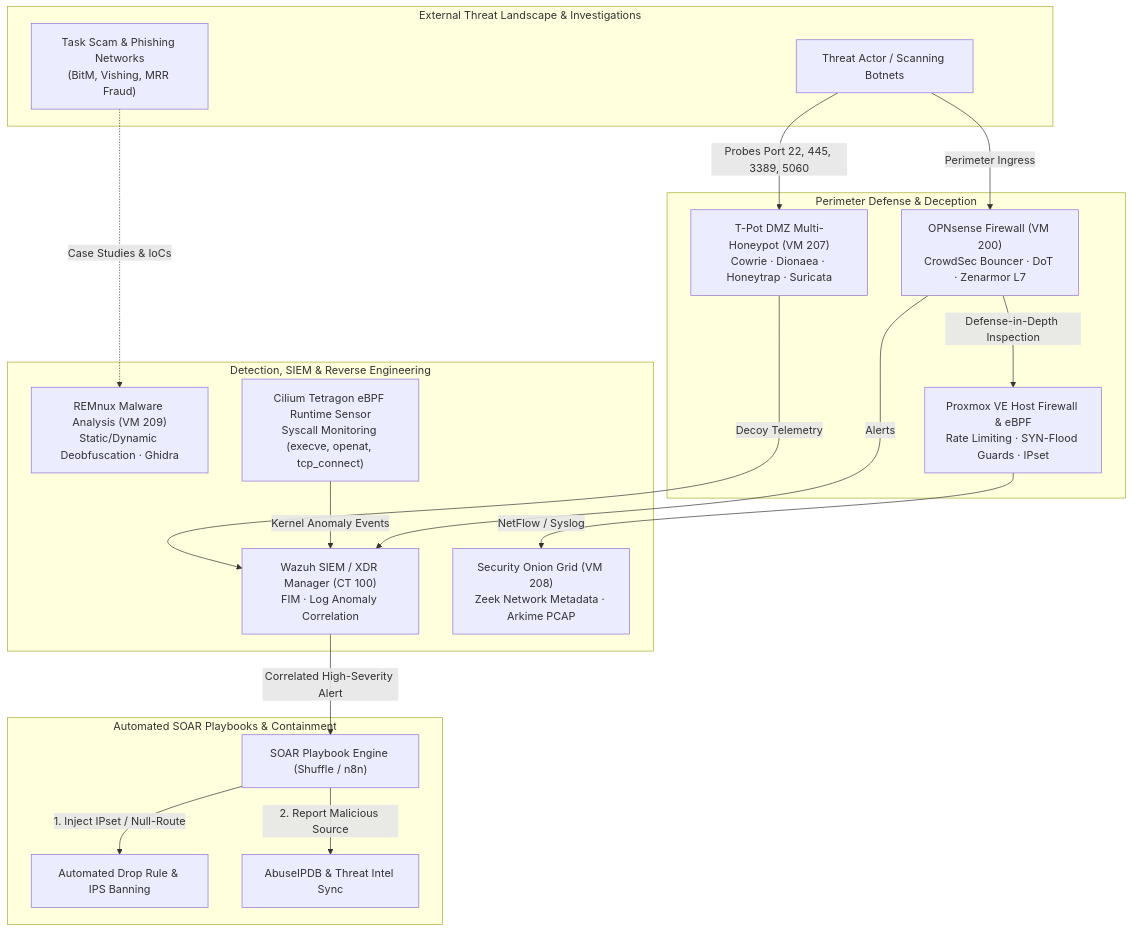
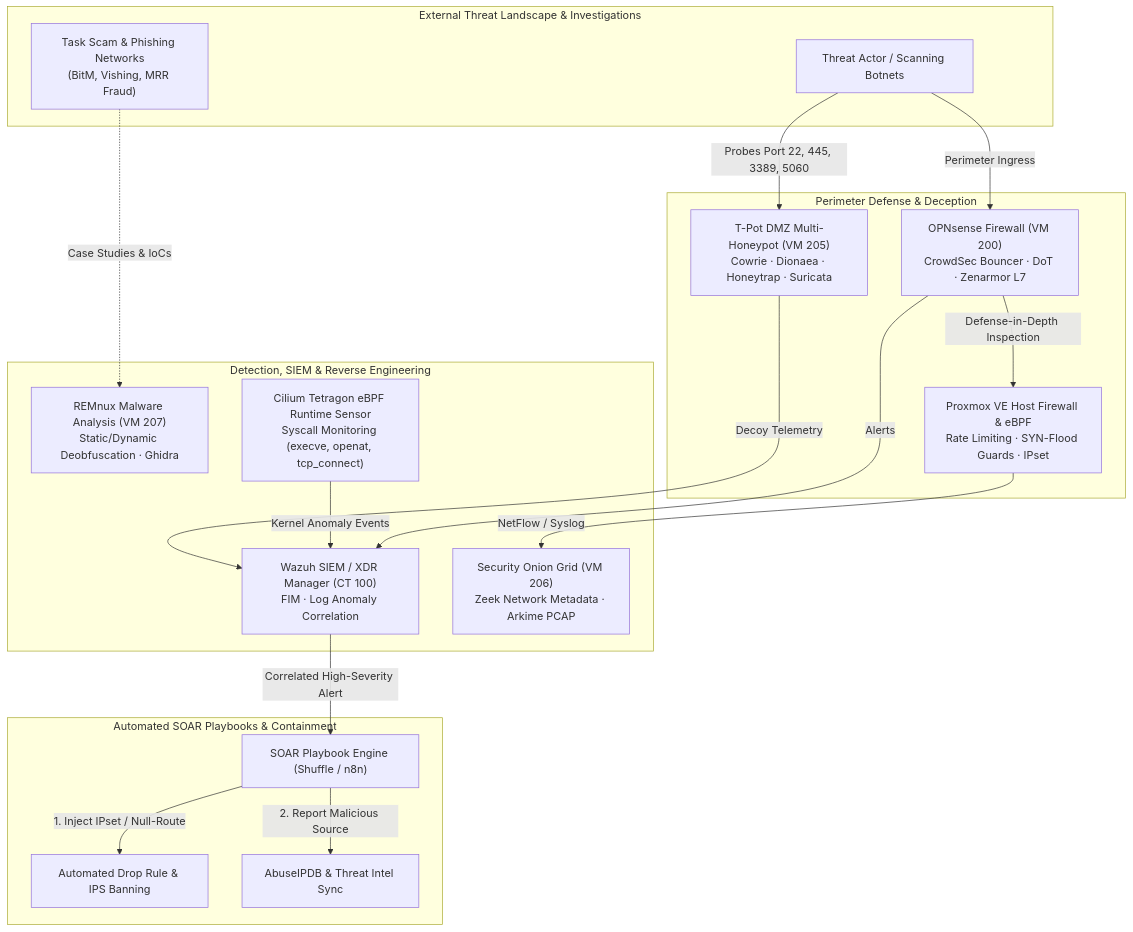
Diagram 12 of 13 in README.md (stefanutc1/datacenter), drawn with Mermaid before and after one commit. The commit also changed other lines of this file and 23 other files, not shown here.

````diff
--- a/README.md
+++ b/README.md
@@ -516,40 +516,40 @@
 ```mermaid
 flowchart TD
     subgraph External_Threats["External Threat Landscape & Investigations"]
         Attacker["Threat Actor / Scanning Botnets"]
         ScamNet["Task Scam & Phishing Networks<br/>(BitM, Vishing, MRR Fraud)"]
     end
 
     subgraph Perimeter_Defense["Perimeter Defense & Deception"]
-        TPot["T-Pot DMZ Multi-Honeypot (VM 207)<br/>Cowrie · Dionaea · Honeytrap · Suricata"]
+        TPot["T-Pot DMZ Multi-Honeypot (VM 205)<br/>Cowrie · Dionaea · Honeytrap · Suricata"]
         OPN["OPNsense Firewall (VM 200)<br/>CrowdSec Bouncer · DoT · Zenarmor L7"]
         PVEFW["Proxmox VE Host Firewall & eBPF<br/>Rate Limiting · SYN-Flood Guards · IPset"]
     end
 
     subgraph Detection_Analysis["Detection, SIEM & Reverse Engineering"]
         Wazuh["Wazuh SIEM / XDR Manager (CT 100)<br/>FIM · Log Anomaly Correlation"]
-        SecOnion["Security Onion Grid (VM 208)<br/>Zeek Network Metadata · Arkime PCAP"]
-        Remnux["REMnux Malware Analysis (VM 209)<br/>Static/Dynamic Deobfuscation · Ghidra"]
+        SecOnion["Security Onion Grid (VM 206)<br/>Zeek Network Metadata · Arkime PCAP"]
+        Remnux["REMnux Malware Analysis (VM 207)<br/>Static/Dynamic Deobfuscation · Ghidra"]
         Tetra["Cilium Tetragon eBPF Runtime Sensor<br/>Syscall Monitoring (execve, openat, tcp_connect)"]
     end
 
     subgraph Autonomous_SOAR["Automated SOAR Playbooks & Containment"]
         SOAR["SOAR Playbook Engine (Shuffle / n8n)"]
         FirewallAPI["Automated Drop Rule & IPS Banning"]
         ThreatFeed["AbuseIPDB & Threat Intel Sync"]
     end
 
     Attacker -->|Probes Port 22, 445, 3389, 5060| TPot
     Attacker -->|Perimeter Ingress| OPN
     OPN -->|Defense-in-Depth Inspection| PVEFW
     ScamNet -.->|Case Studies & IoCs| Remnux
 
     TPot -->|Decoy Telemetry| Wazuh
     Tetra -->|Kernel Anomaly Events| Wazuh
     PVEFW -->|NetFlow / Syslog| SecOnion
     OPN -->|Alerts| Wazuh
 
     Wazuh -->|Correlated High-Severity Alert| SOAR
     SOAR -->|1. Inject IPset / Null-Route| FirewallAPI
     SOAR -->|2. Report Malicious Source| ThreatFeed
 ```
````
